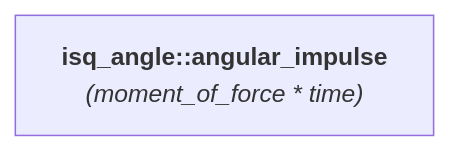
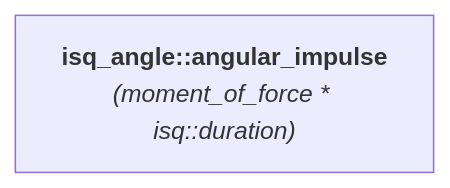
The diagram in docs/reference/systems_reference/hierarchies/angular_impulse_isq_angle.md (mpusz/mp-units), drawn with Mermaid before and after one commit. The commit also changed 27 other files, not shown here.

````diff
--- a/docs/reference/systems_reference/hierarchies/angular_impulse_isq_angle.md
+++ b/docs/reference/systems_reference/hierarchies/angular_impulse_isq_angle.md
@@ -8,4 +8,4 @@
 ```mermaid
 flowchart LR
-    isq_angle_angular_impulse["<b>isq_angle::angular_impulse</b><br><i>(moment_of_force * time)</i>"]
+    isq_angle_angular_impulse["<b>isq_angle::angular_impulse</b><br><i>(moment_of_force * isq::duration)</i>"]
 ```
````
